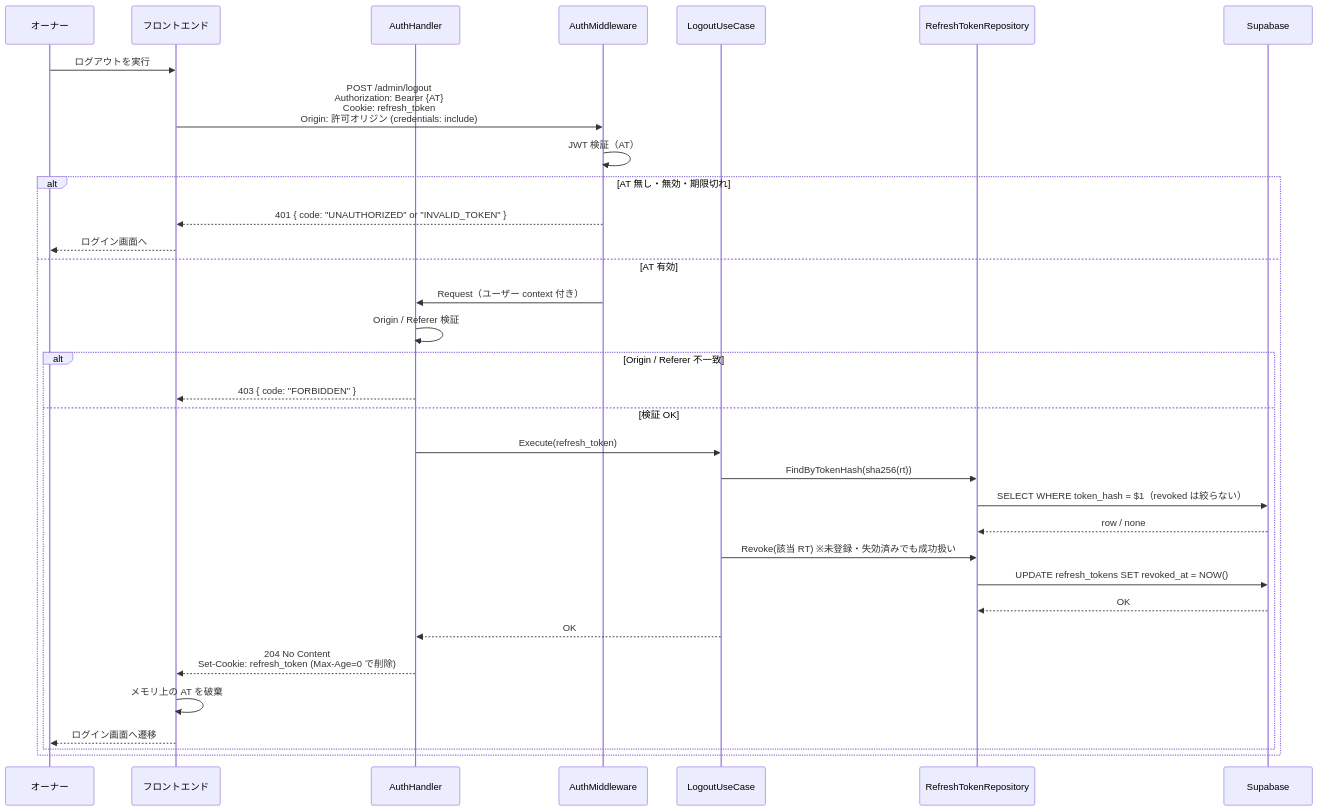
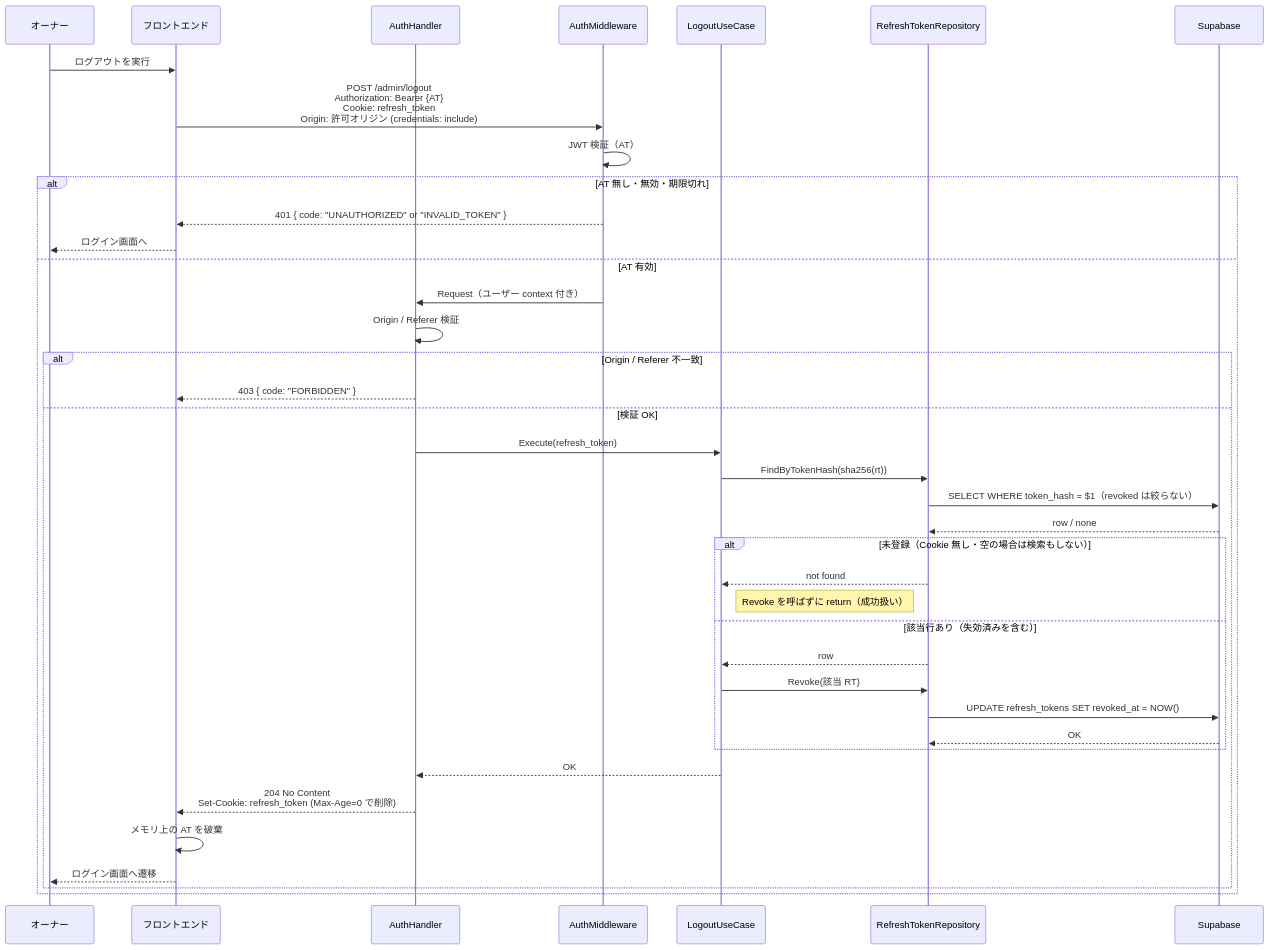
One commit to cergijame101007/satehits changed the sixth of 15 diagrams in docs/sequence.md. Above: the diagram before and after it, drawn with Mermaid. The commit also changed other lines of this file and 5 other files, not shown here.

````diff
--- a/docs/sequence.md
+++ b/docs/sequence.md
@@ -226,37 +269,43 @@
 ```mermaid
 sequenceDiagram
     participant Owner as オーナー
     participant Frontend as フロントエンド
     participant Handler as AuthHandler
     participant Middleware as AuthMiddleware
     participant UseCase as LogoutUseCase
     participant RefreshRepo as RefreshTokenRepository
     participant DB as Supabase
 
     Owner->>Frontend: ログアウトを実行
     Frontend->>Middleware: POST /admin/logout<br/>Authorization: Bearer {AT}<br/>Cookie: refresh_token<br/>Origin: 許可オリジン (credentials: include)
 
     Middleware->>Middleware: JWT 検証（AT）
     alt AT 無し・無効・期限切れ
         Middleware-->>Frontend: 401 { code: "UNAUTHORIZED" or "INVALID_TOKEN" }
         Frontend-->>Owner: ログイン画面へ
     else AT 有効
         Middleware->>Handler: Request（ユーザー context 付き）
         Handler->>Handler: Origin / Referer 検証
         alt Origin / Referer 不一致
             Handler-->>Frontend: 403 { code: "FORBIDDEN" }
         else 検証 OK
             Handler->>UseCase: Execute(refresh_token)
             UseCase->>RefreshRepo: FindByTokenHash(sha256(rt))
             RefreshRepo->>DB: SELECT WHERE token_hash = $1（revoked は絞らない）
             DB-->>RefreshRepo: row / none
-            UseCase->>RefreshRepo: Revoke(該当 RT) ※未登録・失効済みでも成功扱い
-            RefreshRepo->>DB: UPDATE refresh_tokens SET revoked_at = NOW()
-            DB-->>RefreshRepo: OK
+            alt 未登録（Cookie 無し・空の場合は検索もしない）
+                RefreshRepo-->>UseCase: not found
+                Note right of UseCase: Revoke を呼ばずに return（成功扱い）
+            else 該当行あり（失効済みを含む）
+                RefreshRepo-->>UseCase: row
+                UseCase->>RefreshRepo: Revoke(該当 RT)
+                RefreshRepo->>DB: UPDATE refresh_tokens SET revoked_at = NOW()
+                DB-->>RefreshRepo: OK
+            end
             UseCase-->>Handler: OK
             Handler-->>Frontend: 204 No Content<br/>Set-Cookie: refresh_token (Max-Age=0 で削除)
             Frontend->>Frontend: メモリ上の AT を破棄
             Frontend-->>Owner: ログイン画面へ遷移
         end
     end
 ```
````
